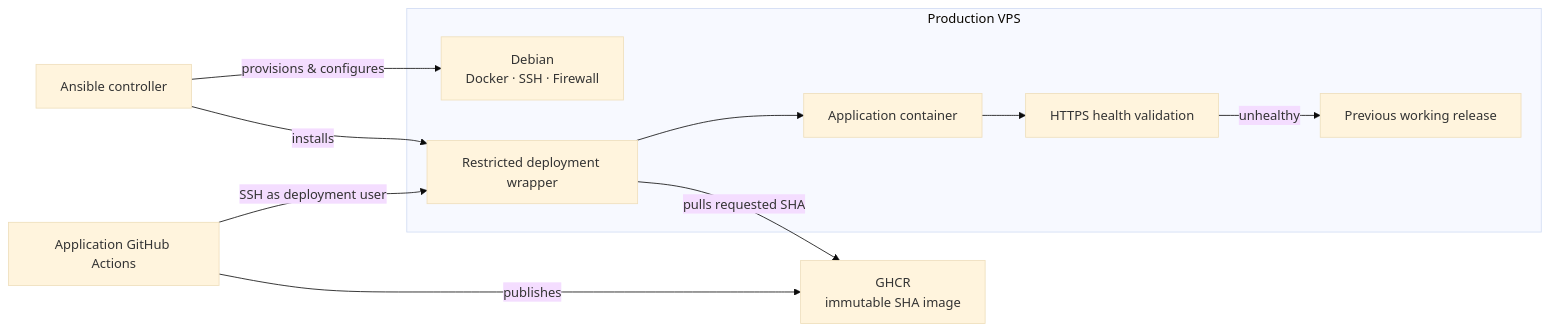
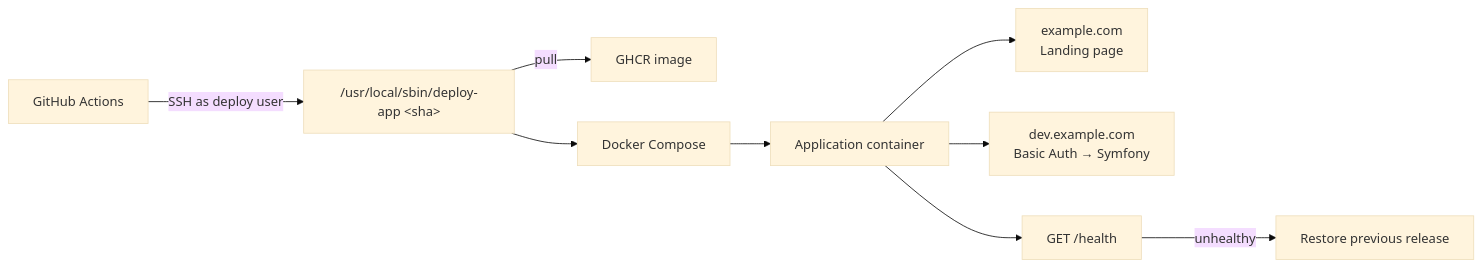
The second of 2 diagrams in README.md (lapkinu/ansible-vps-template), drawn with Mermaid (base theme) before and after one commit. The commit also changed other lines of this file and 4 other files, not shown here.

````diff
--- a/README.md
+++ b/README.md
@@ -41,26 +84,13 @@
 ```mermaid
 flowchart LR
-    ANSIBLE["Ansible controller"]
-    CI["Application GitHub Actions"]
-    GHCR["GHCR<br/>immutable SHA image"]
+    CI["GitHub Actions"] -->|SSH as deploy user| WRAPPER["/usr/local/sbin/deploy-app &lt;sha&gt;"]
+    WRAPPER -->|pull| GHCR["GHCR image"]
+    WRAPPER --> COMPOSE["Docker Compose"]
+    COMPOSE --> APP["Application container"]
 
-    subgraph VPS["Production VPS"]
-        SYSTEM["Debian<br/>Docker · SSH · Firewall"]
-        DEPLOY["Restricted deployment wrapper"]
-        APP["Application container"]
-        HEALTH["HTTPS health validation"]
-        PREVIOUS["Previous working release"]
-    end
+    APP --> LANDING["example.com<br/>Landing page"]
+    APP --> PROTECTED["dev.example.com<br/>Basic Auth → Symfony"]
+    APP --> HEALTH["GET /health"]
 
-    ANSIBLE -->|provisions & configures| SYSTEM
-    ANSIBLE -->|installs| DEPLOY
-
-    CI -->|publishes| GHCR
-    CI -->|SSH as deployment user| DEPLOY
-
-    DEPLOY -->|pulls requested SHA| GHCR
-    DEPLOY --> APP
-    APP --> HEALTH
-
-    HEALTH -->|unhealthy| PREVIOUS
+    HEALTH -->|unhealthy| ROLLBACK["Restore previous release"]
 ```
````
